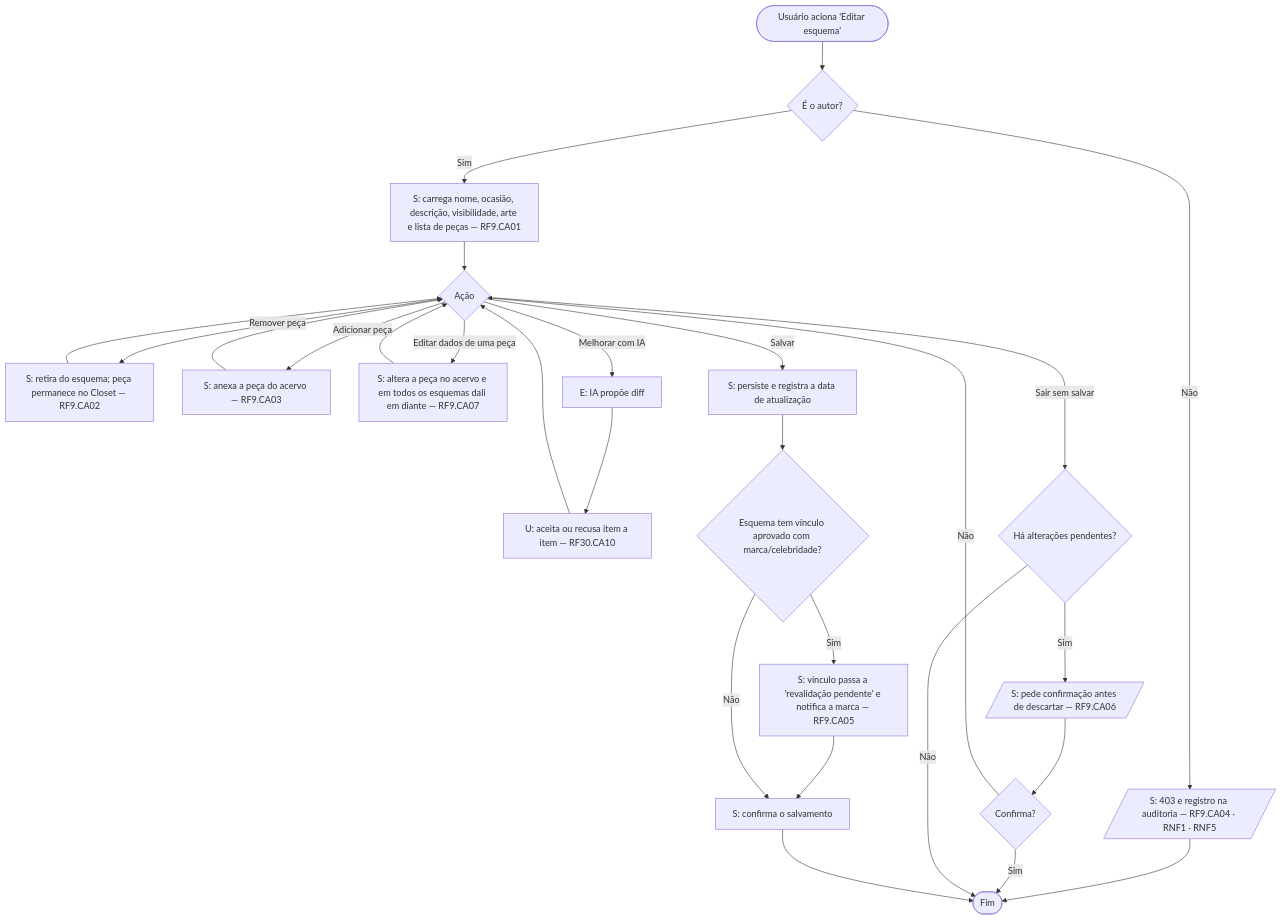
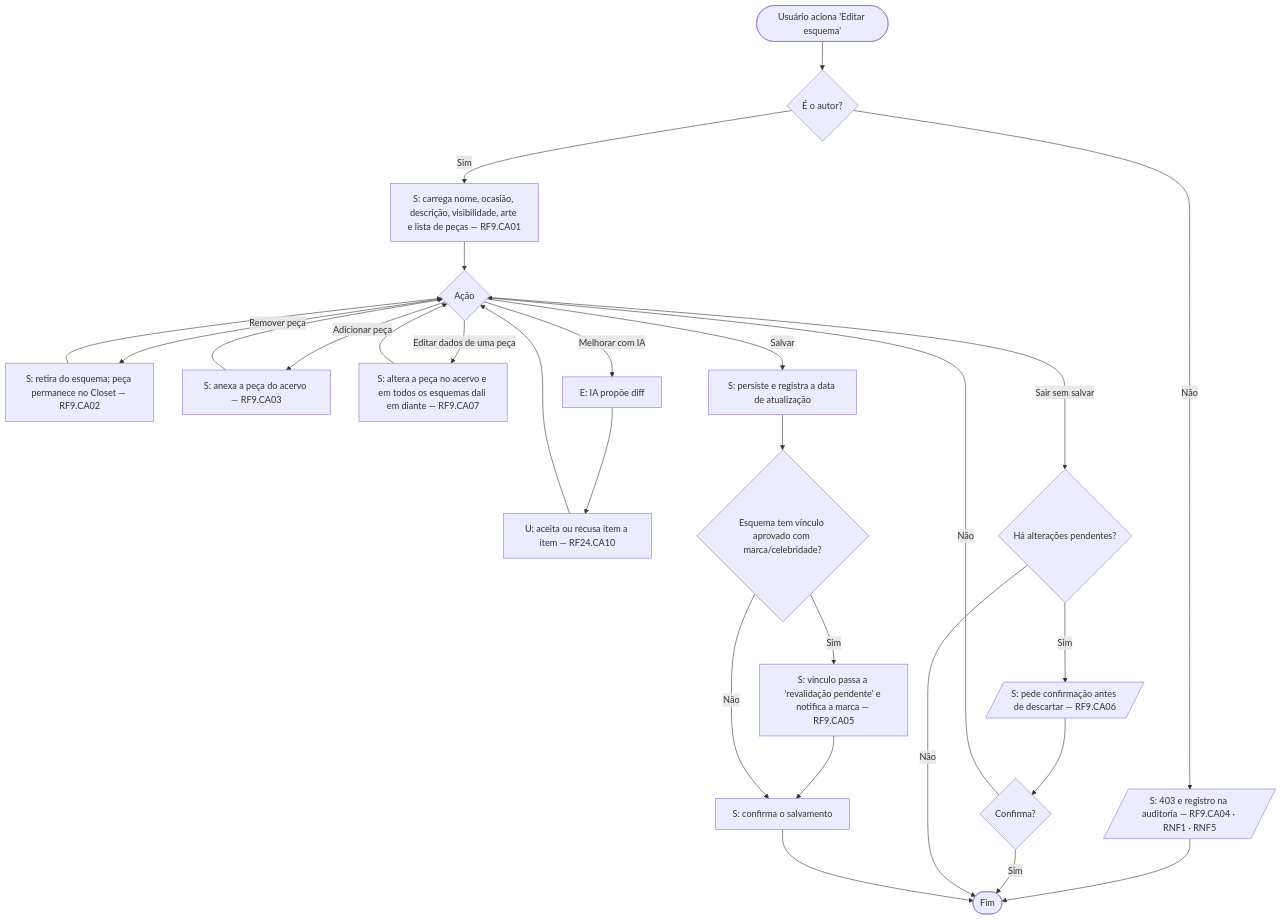
Before and after one commit to MatheusHaliski/SAI-TCC-2026: the sixth of 23 diagrams in docs/novo-projeto/05-diagramas-atividade.md, drawn with Mermaid. The commit also changed other lines of this file and 7 other files, not shown here.

First line of the commit message:
docs: fecha a cobertura de diagramas de atividade e renumera RF30 para RF24

````diff
--- a/docs/novo-projeto/05-diagramas-atividade.md
+++ b/docs/novo-projeto/05-diagramas-atividade.md
@@ -141,20 +141,20 @@
 ```mermaid
 flowchart TD
     A([Usuário aciona 'Editar esquema']) --> B{É o autor?}
     B -- Não --> C[/S: 403 e registro na auditoria — RF9.CA04 · RNF1 · RNF5/] --> Z([Fim])
     B -- Sim --> D[S: carrega nome, ocasião, descrição, visibilidade, arte e lista de peças — RF9.CA01]
     D --> E{Ação}
     E -- Remover peça --> F[S: retira do esquema; peça permanece no Closet — RF9.CA02] --> E
     E -- Adicionar peça --> G[S: anexa a peça do acervo — RF9.CA03] --> E
     E -- Editar dados de uma peça --> H[S: altera a peça no acervo e em todos os esquemas dali em diante — RF9.CA07] --> E
-    E -- Melhorar com IA --> I[E: IA propõe diff] --> J[U: aceita ou recusa item a item — RF30.CA10] --> E
+    E -- Melhorar com IA --> I[E: IA propõe diff] --> J[U: aceita ou recusa item a item — RF24.CA10] --> E
     E -- Sair sem salvar --> K{Há alterações pendentes?}
     K -- Sim --> L[/S: pede confirmação antes de descartar — RF9.CA06/] --> M{Confirma?}
     M -- Não --> E
     M -- Sim --> Z
     K -- Não --> Z
     E -- Salvar --> N[S: persiste e registra a data de atualização]
     N --> O{Esquema tem vínculo aprovado com marca/celebridade?}
     O -- Sim --> P[S: vínculo passa a 'revalidação pendente' e notifica a marca — RF9.CA05] --> Q
     O -- Não --> Q[S: confirma o salvamento] --> Z
 ```
````
